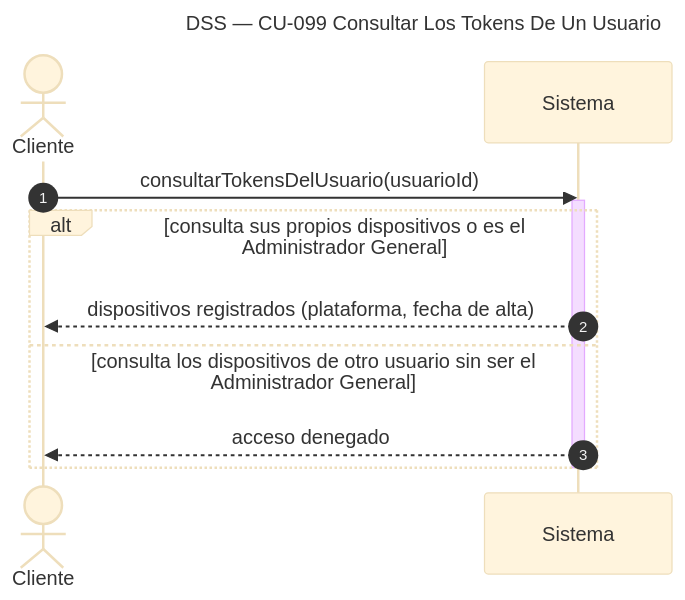
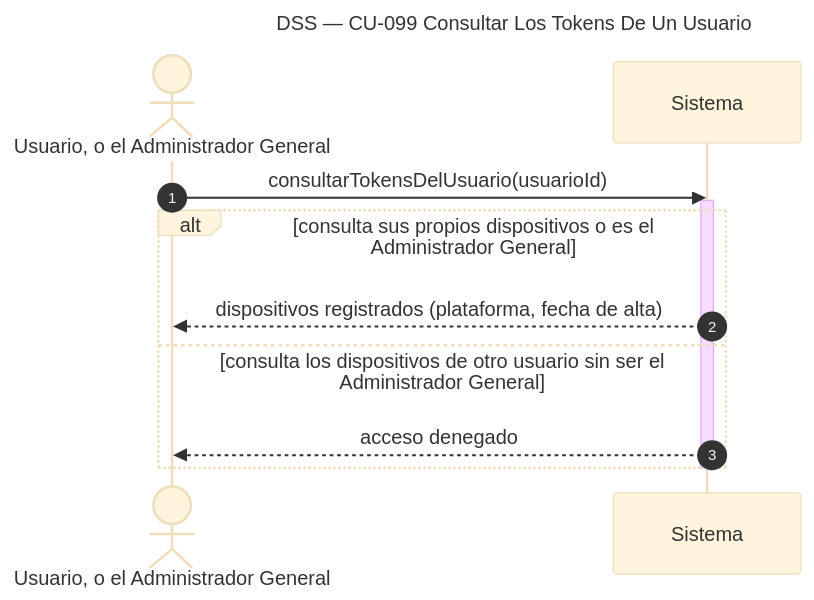
One commit to Nahuelito-Dev/splg-docs changed the diagram in diagramas/DSS_CU-099_Consultar-Los-Tokens-De-Un-Usuario.mmd. Above: the diagram before and after it, drawn with Mermaid (base theme). The commit also changed 53 other files, not shown here.

```diff
--- a/diagramas/DSS_CU-099_Consultar-Los-Tokens-De-Un-Usuario.mmd
+++ b/diagramas/DSS_CU-099_Consultar-Los-Tokens-De-Un-Usuario.mmd
@@ -1,14 +1,14 @@
 sequenceDiagram
     title DSS — CU-099 Consultar Los Tokens De Un Usuario
     autonumber
-    actor CLI as Cliente
+    actor CLI as Usuario, o el Administrador General
     participant SIS as Sistema
 
     CLI->>SIS: consultarTokensDelUsuario(usuarioId)
     activate SIS
     alt consulta sus propios dispositivos o es el Administrador General
         SIS-->>CLI: dispositivos registrados (plataforma, fecha de alta)
     else consulta los dispositivos de otro usuario sin ser el Administrador General
         SIS-->>CLI: acceso denegado
     end
     deactivate SIS
```
